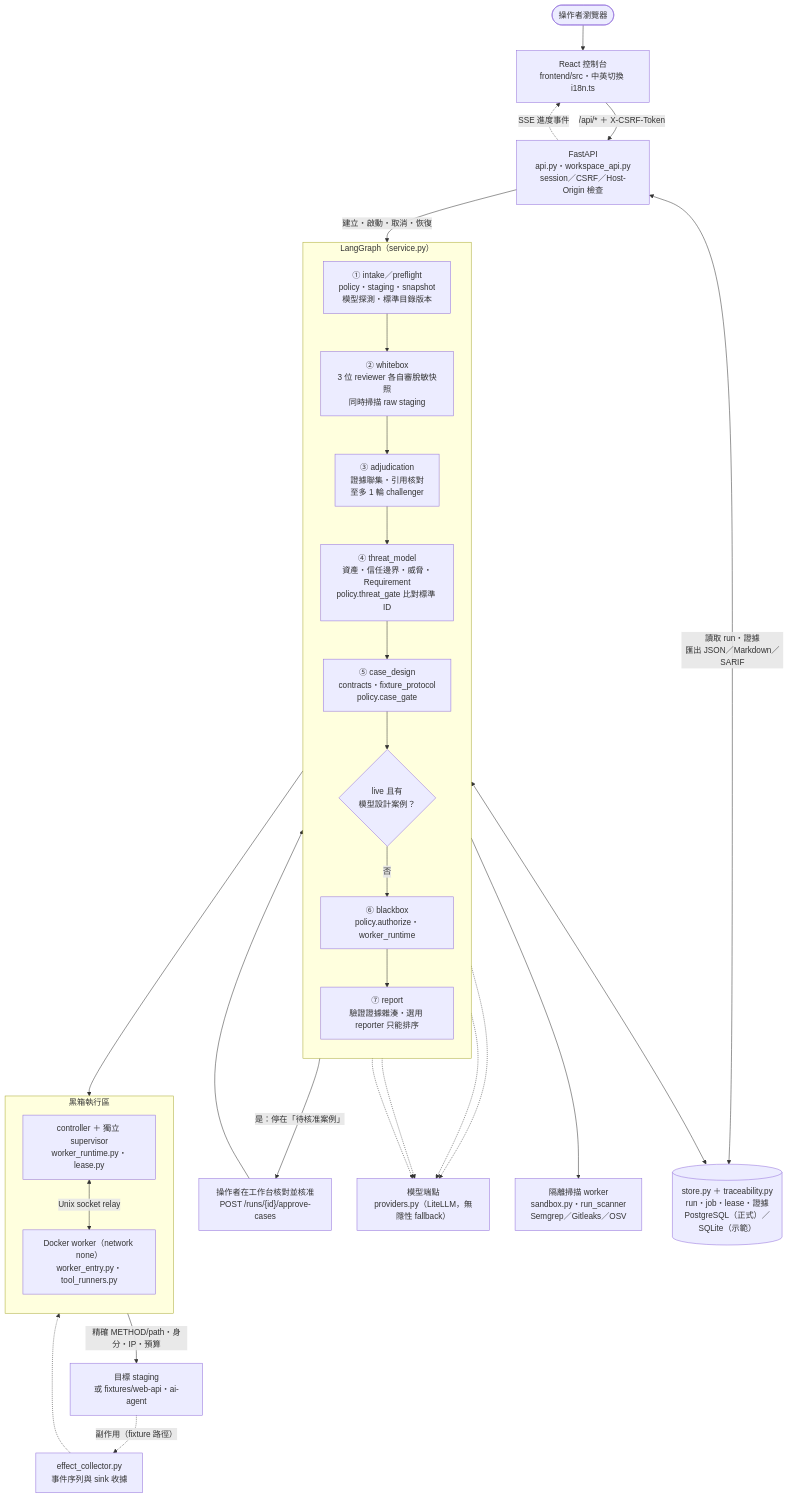
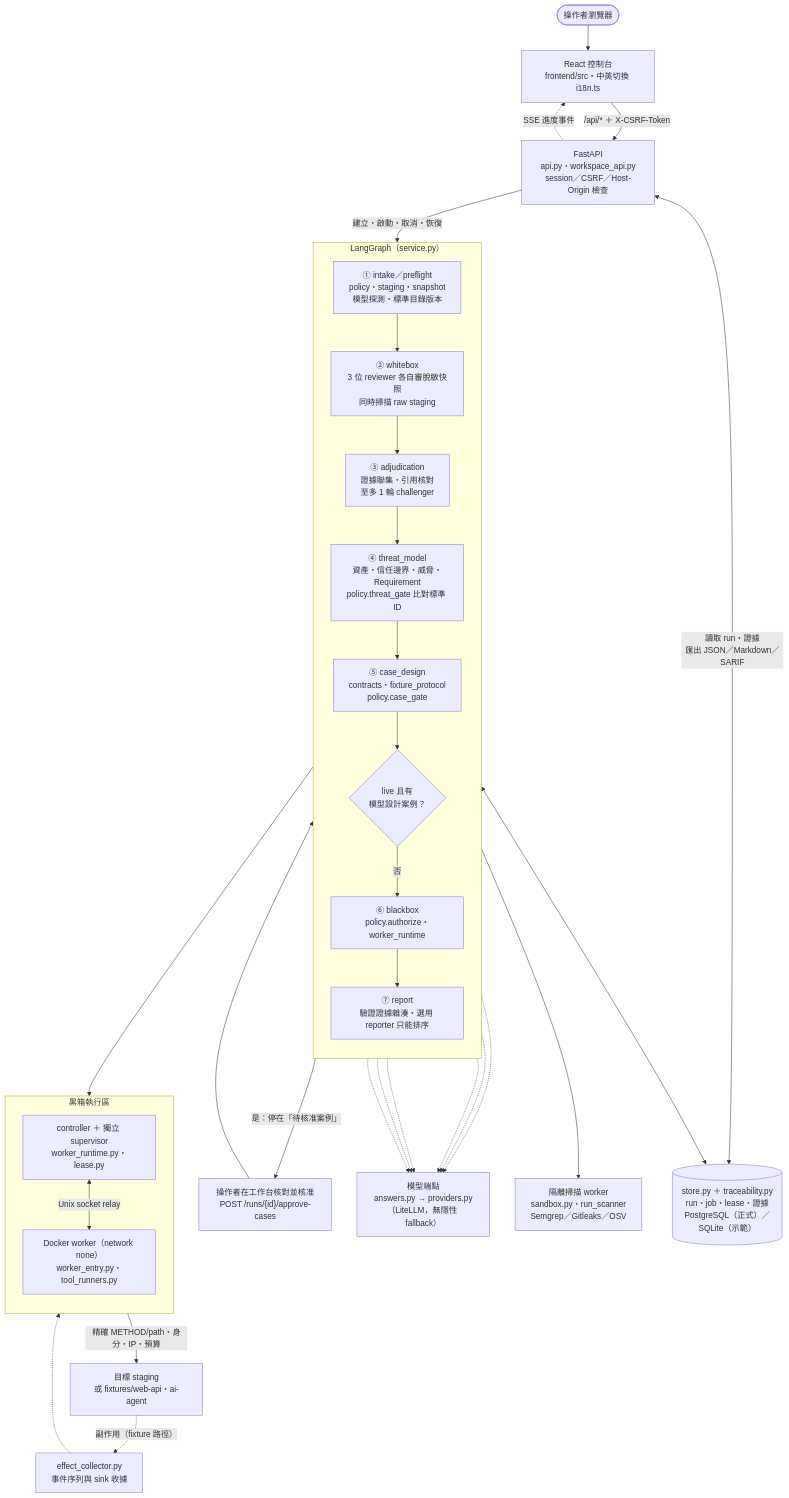
Before and after one commit to chinchiang/MultiAgentBeta: the first of 2 diagrams in README.md, drawn with Mermaid. The commit also changed other lines of this file and 5 other files, not shown here.

First line of the commit message:
模型回答 5/5：文件與用語跟上 ModelAnswers（IMPLEMENTATION、ARCHITECTURE、GLOSSARY）

````diff
--- a/README.md
+++ b/README.md
@@ -42,50 +42,50 @@
 ```mermaid
 flowchart TB
   OP(["操作者瀏覽器"])
   UI["React 控制台<br/>frontend/src・中英切換 i18n.ts"]
   API["FastAPI<br/>api.py・workspace_api.py<br/>session／CSRF／Host-Origin 檢查"]
   OP --> UI
   UI -->|"/api/* ＋ X-CSRF-Token"| API
   API -.->|"SSE 進度事件"| UI
 
   subgraph ENG["LangGraph（service.py）"]
     direction TB
     S0["① intake／preflight<br/>policy・staging・snapshot<br/>模型探測・標準目錄版本"]
     S1["② whitebox<br/>3 位 reviewer 各自審脫敏快照<br/>同時掃描 raw staging"]
     S2["③ adjudication<br/>證據聯集・引用核對<br/>至多 1 輪 challenger"]
     S3["④ threat_model<br/>資產・信任邊界・威脅・Requirement<br/>policy.threat_gate 比對標準 ID"]
     S4["⑤ case_design<br/>contracts・fixture_protocol<br/>policy.case_gate"]
     Q{"live 且有<br/>模型設計案例？"}
     S6["⑥ blackbox<br/>policy.authorize・worker_runtime"]
     S7["⑦ report<br/>驗證證據雜湊・選用 reporter 只能排序"]
     S0 --> S1 --> S2 --> S3 --> S4 --> Q
     Q -->|"否"| S6
     S6 --> S7
   end
 
   API -->|"建立・啟動・取消・恢復"| S0
   Q -->|"是：停在「待核准案例」"| AP["操作者在工作台核對並核准<br/>POST /runs/{id}/approve-cases"]
   AP --> S6
 
-  LLM["模型端點<br/>providers.py（LiteLLM，無隱性 fallback）"]
-  S1 & S2 & S3 & S4 -.-> LLM
+  LLM["模型端點<br/>answers.py → providers.py（LiteLLM，無隱性 fallback）"]
+  S0 & S1 & S2 & S3 & S4 & S7 -.-> LLM
 
   SCAN["隔離掃描 worker<br/>sandbox.py・run_scanner<br/>Semgrep／Gitleaks／OSV"]
   S1 --> SCAN
 
   subgraph BOX["黑箱執行區"]
     direction TB
     SUP["controller ＋ 獨立 supervisor<br/>worker_runtime.py・lease.py"]
     WK["Docker worker（network none）<br/>worker_entry.py・tool_runners.py"]
     SUP <-->|"Unix socket relay"| WK
   end
   S6 --> SUP
   TGT["目標 staging<br/>或 fixtures/web-api・ai-agent"]
   SUP -->|"精確 METHOD/path・身分・IP・預算"| TGT
   TGT -.->|"副作用（fixture 路徑）"| EC["effect_collector.py<br/>事件序列與 sink 收據"]
   EC -.-> SUP
 
   DB[("store.py ＋ traceability.py<br/>run・job・lease・證據<br/>PostgreSQL（正式）／SQLite（示範）")]
   ENG <--> DB
   API <-->|"讀取 run・證據<br/>匯出 JSON／Markdown／SARIF"| DB
 ```
````
